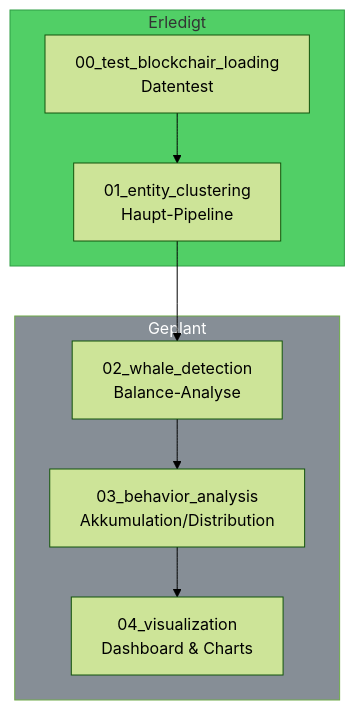
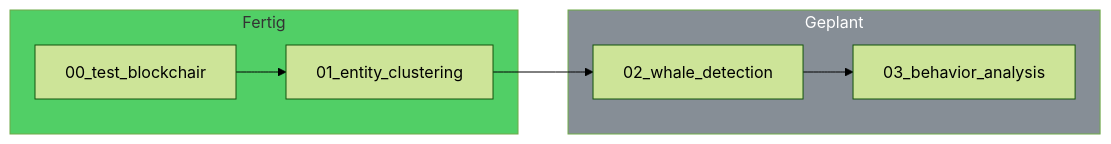
One commit to RomanRnlt/bitcoin-whale-intelligence changed the first of 4 diagrams in docs/NOTEBOOK_WORKFLOW.md. Above: the diagram before and after it, drawn with Mermaid (forest theme). The commit also changed other lines of this file and 4 other files, not shown here.

````diff
--- a/docs/NOTEBOOK_WORKFLOW.md
+++ b/docs/NOTEBOOK_WORKFLOW.md
@@ -9,21 +16,17 @@
 ```mermaid
-flowchart TB
-    subgraph done["Erledigt"]
-        NB0["00_test_blockchair_loading<br/>Datentest"]
-        NB1["01_entity_clustering<br/>Haupt-Pipeline"]
+flowchart LR
+    subgraph done["Fertig"]
+        NB0["00_test_blockchair"]
+        NB1["01_entity_clustering"]
     end
 
     subgraph planned["Geplant"]
-        NB2["02_whale_detection<br/>Balance-Analyse"]
-        NB3["03_behavior_analysis<br/>Akkumulation/Distribution"]
-        NB4["04_visualization<br/>Dashboard & Charts"]
+        NB2["02_whale_detection"]
+        NB3["03_behavior_analysis"]
     end
 
-    NB0 --> NB1
-    NB1 --> NB2
-    NB2 --> NB3
-    NB3 --> NB4
+    NB0 --> NB1 --> NB2 --> NB3
 
-    style done fill:#51cf66,stroke:#2f9e44
+    style done fill:#51cf66
     style planned fill:#868e96,color:#fff
 ```
````
